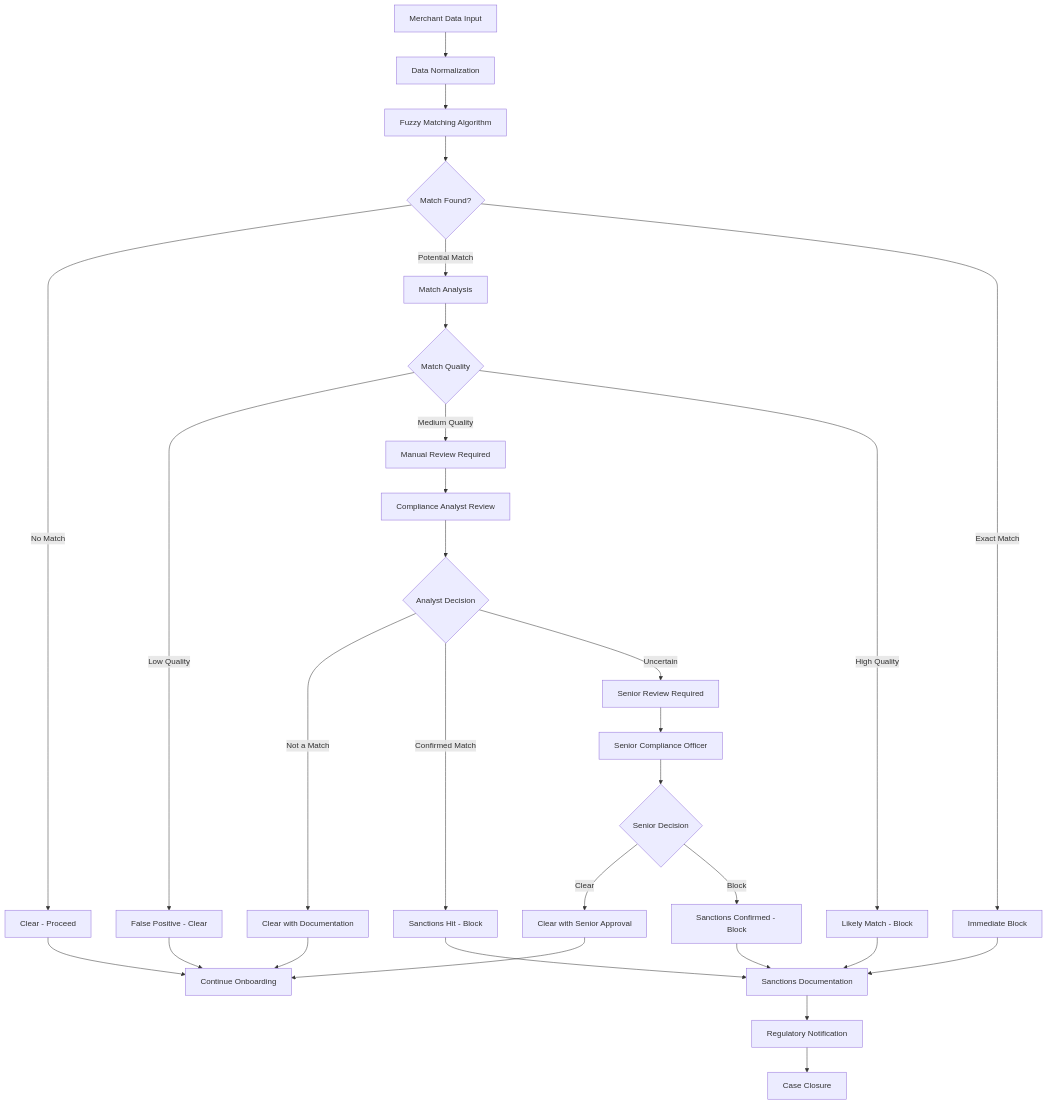
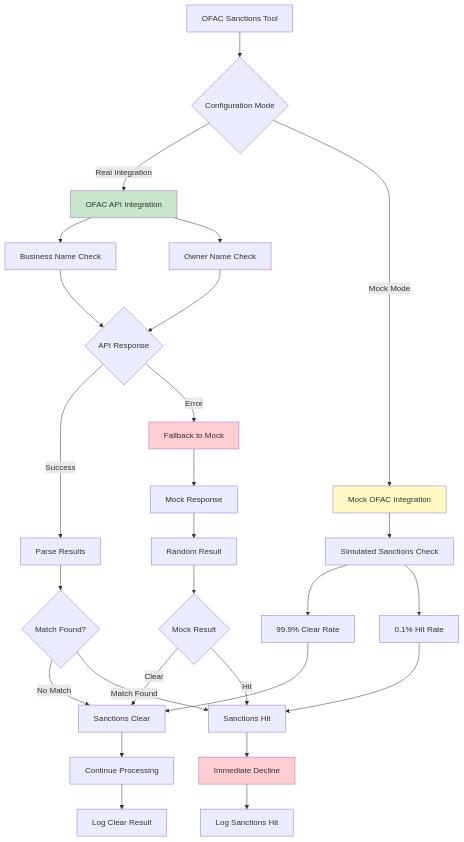
Before and after one commit to rishi154/merchant-onboarding: the sixth of 10 diagrams in merchant-onboarding/Compliance_Workflow_Diagrams.md, drawn with Mermaid. The commit also changed other lines of this file and 20 other files, not shown here.

````diff
--- a/merchant-onboarding/Compliance_Workflow_Diagrams.md
+++ b/merchant-onboarding/Compliance_Workflow_Diagrams.md
@@ -294,39 +246,44 @@
 ```mermaid
 flowchart TD
-    A[Merchant Data Input] --> B[Data Normalization]
-    B --> C[Fuzzy Matching Algorithm]
+    A[OFAC Sanctions Tool] --> B{Configuration Mode}
     
-    C --> D{Match Found?}
-    D -->|No Match| E[Clear - Proceed]
-    D -->|Potential Match| F[Match Analysis]
-    D -->|Exact Match| G[Immediate Block]
+    B -->|Real Integration| C[OFAC API Integration]
+    B -->|Mock Mode| D[Mock OFAC Integration]
     
-    F --> H{Match Quality}
-    H -->|Low Quality| I[False Positive - Clear]
-    H -->|Medium Quality| J[Manual Review Required]
-    H -->|High Quality| K[Likely Match - Block]
+    C --> E[Business Name Check]
+    C --> F[Owner Name Check]
     
-    J --> L[Compliance Analyst Review]
-    L --> M{Analyst Decision}
-    M -->|Not a Match| N[Clear with Documentation]
-    M -->|Confirmed Match| O[Sanctions Hit - Block]
-    M -->|Uncertain| P[Senior Review Required]
+    D --> G[Simulated Sanctions Check]
+    G --> H[99.9% Clear Rate]
+    G --> I[0.1% Hit Rate]
     
-    P --> Q[Senior Compliance Officer]
-    Q --> R{Senior Decision}
-    R -->|Clear| S[Clear with Senior Approval]
-    R -->|Block| T[Sanctions Confirmed - Block]
+    E --> J{API Response}
+    F --> J
     
-    G --> U[Sanctions Documentation]
-    K --> U
-    O --> U
-    T --> U
+    J -->|Success| K[Parse Results]
+    J -->|Error| L[Fallback to Mock]
     
-    U --> V[Regulatory Notification]
-    V --> W[Case Closure]
+    K --> M{Match Found?}
+    M -->|No Match| N[Sanctions Clear]
+    M -->|Match Found| O[Sanctions Hit]
     
-    E --> X[Continue Onboarding]
-    I --> X
-    N --> X
-    S --> X
+    L --> P[Mock Response]
+    P --> Q[Random Result]
+    
+    H --> N
+    I --> O
+    Q --> R{Mock Result}
+    R -->|Clear| N
+    R -->|Hit| O
+    
+    N --> S[Continue Processing]
+    O --> T[Immediate Decline]
+    
+    S --> U[Log Clear Result]
+    T --> V[Log Sanctions Hit]
+    
+    style C fill:#c8e6c9
+    style D fill:#fff9c4
+    style L fill:#ffcdd2
+    style T fill:#ffcdd2
 ```
````
